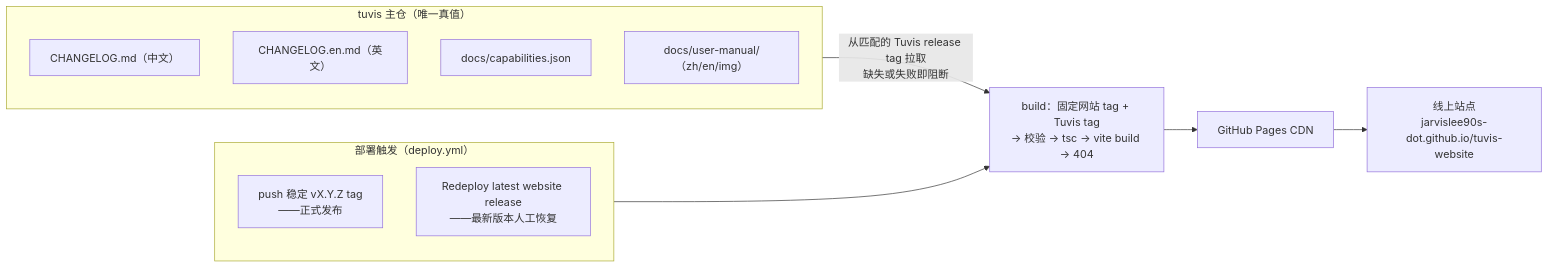
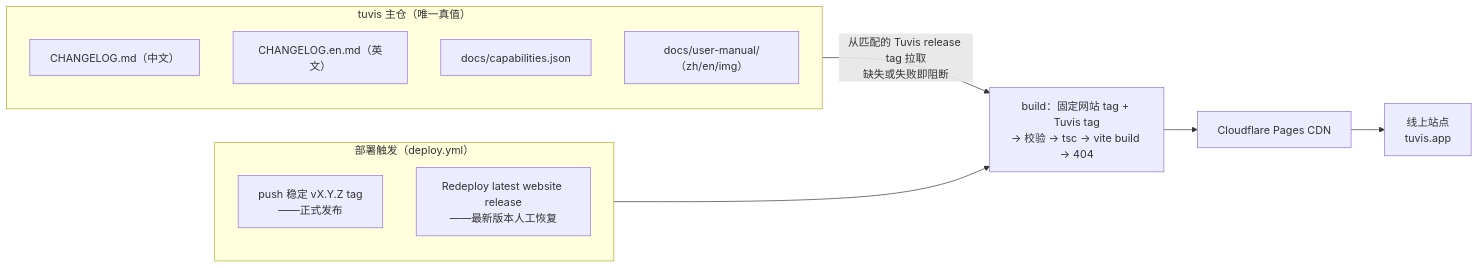
One commit to jarvislee90s-dot/tuvis-website changed the diagram in README.md. Above: the diagram before and after it, drawn with Mermaid. The commit also changed other lines of this file and 16 other files, not shown here.

First line of the commit message:
feat(deploy)!: migrate hosting to Cloudflare Pages (tuvis.app, root base)

````diff
--- a/README.md
+++ b/README.md
@@ -51,17 +51,17 @@
 ```mermaid
 flowchart LR
     subgraph SRC["tuvis 主仓（唯一真值）"]
         A["CHANGELOG.md（中文）"]
         A2["CHANGELOG.en.md（英文）"]
         B["docs/capabilities.json"]
         C["docs/user-manual/（zh/en/img）"]
     end
     subgraph TRIG["部署触发（deploy.yml）"]
         T1["push 稳定 vX.Y.Z tag<br>——正式发布"]
         T2["Redeploy latest website release<br>——最新版本人工恢复"]
     end
     SRC -->|"从匹配的 Tuvis release tag 拉取<br>缺失或失败即阻断"| BUILD
     TRIG --> BUILD["build：固定网站 tag + Tuvis tag<br>→ 校验 → tsc → vite build → 404"]
-    BUILD --> PAGES["GitHub Pages CDN"]
-    PAGES --> SITE["线上站点<br>jarvislee90s-dot.github.io/tuvis-website"]
+    BUILD --> PAGES["Cloudflare Pages CDN"]
+    PAGES --> SITE["线上站点<br>tuvis.app"]
 ```
````
